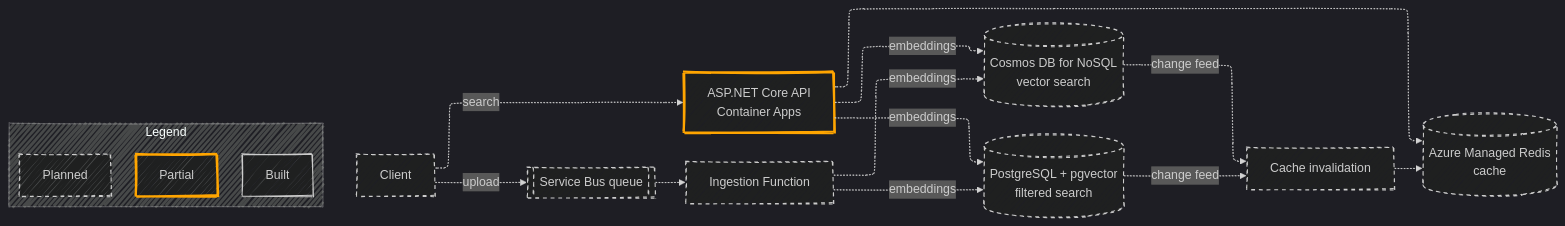
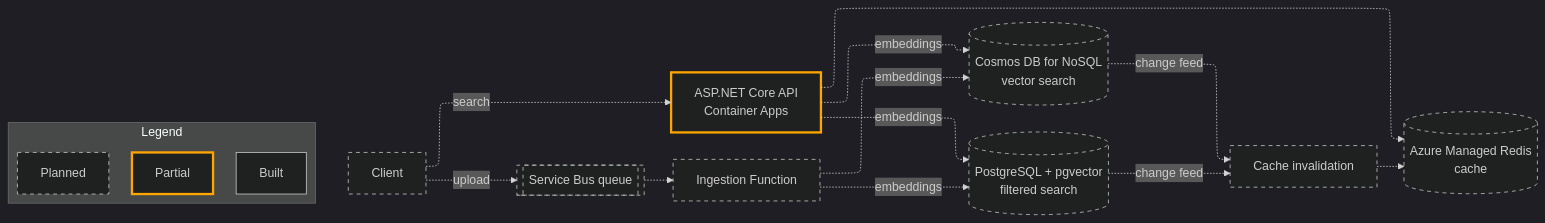
The first of 2 diagrams in README.md (Fkitchell/RagSearch), drawn with Mermaid before and after one commit. The commit also changed other lines of this file and 1 other file, not shown here.

Commit message:
Update README.md with Cosmos DB schema details and partition key rationale; add VSCode settings for spell checking.

````diff
--- a/README.md
+++ b/README.md
@@ -13,31 +13,30 @@
 ```mermaid
 ---
 config:
   layout: elk
-  look: handDrawn
   theme: dark
 ---
 
 flowchart LR
     L3[Built] ~~~ Client -.->|search| API[ASP.NET Core API<br/>Container Apps]
     API -.-> Redis[(Azure Managed Redis<br/>cache)]
     Client -.->|upload| SB[[Service Bus queue]]
     SB -.-> Fn[Ingestion Function]
     Fn & API -.-> |embeddings| Cosmos[(Cosmos DB for NoSQL<br/>vector search)] & PG[(PostgreSQL + pgvector<br/>filtered search)]
     Cosmos -.->|change feed| Inval[Cache invalidation]
     PG -.->|change feed| Inval[Cache invalidation]
     Inval -.-> Redis
 
 classDef planned stroke-dasharray: 5 5
 classDef partial stroke-width:3px,stroke:orange
 
 class API partial
 class Cosmos,Inval,Redis,Client,SB,PG,Fn planned
 
 subgraph Legend
     direction TB
     L1[Planned]:::planned ~~~
     L2[Partial]:::partial ~~~
     L3[Built]
     end
 ```
````
